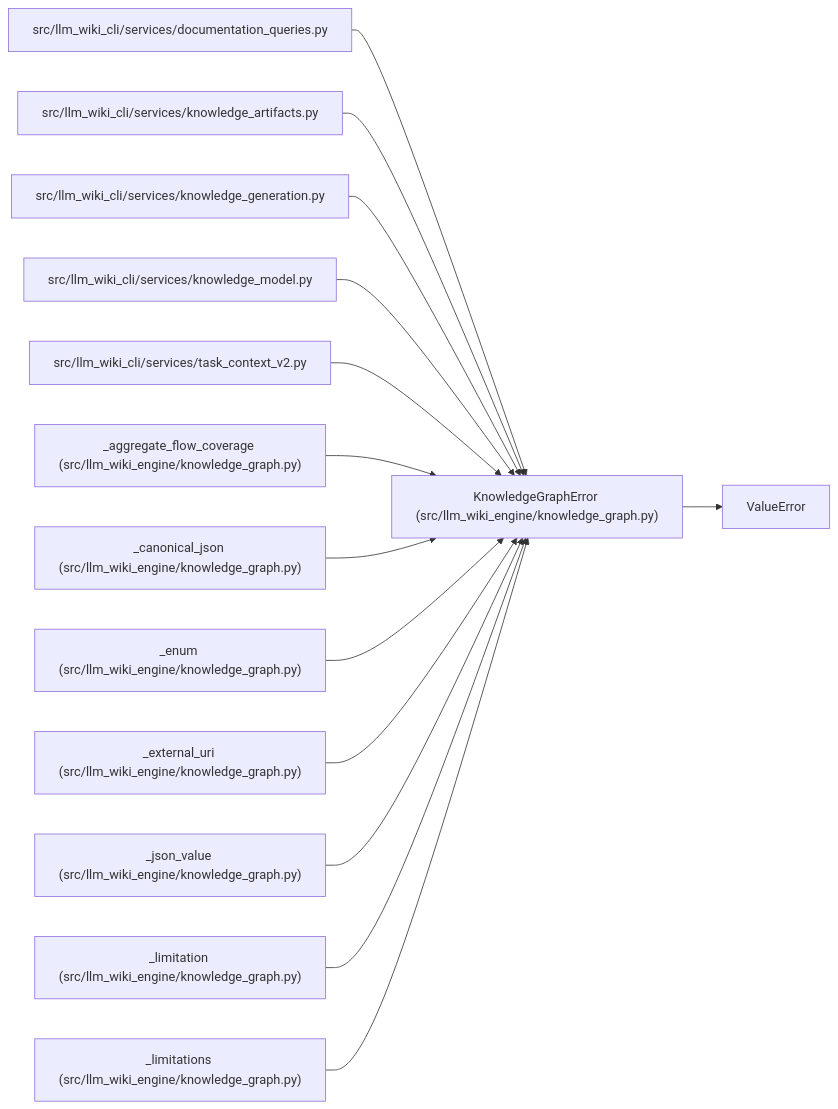
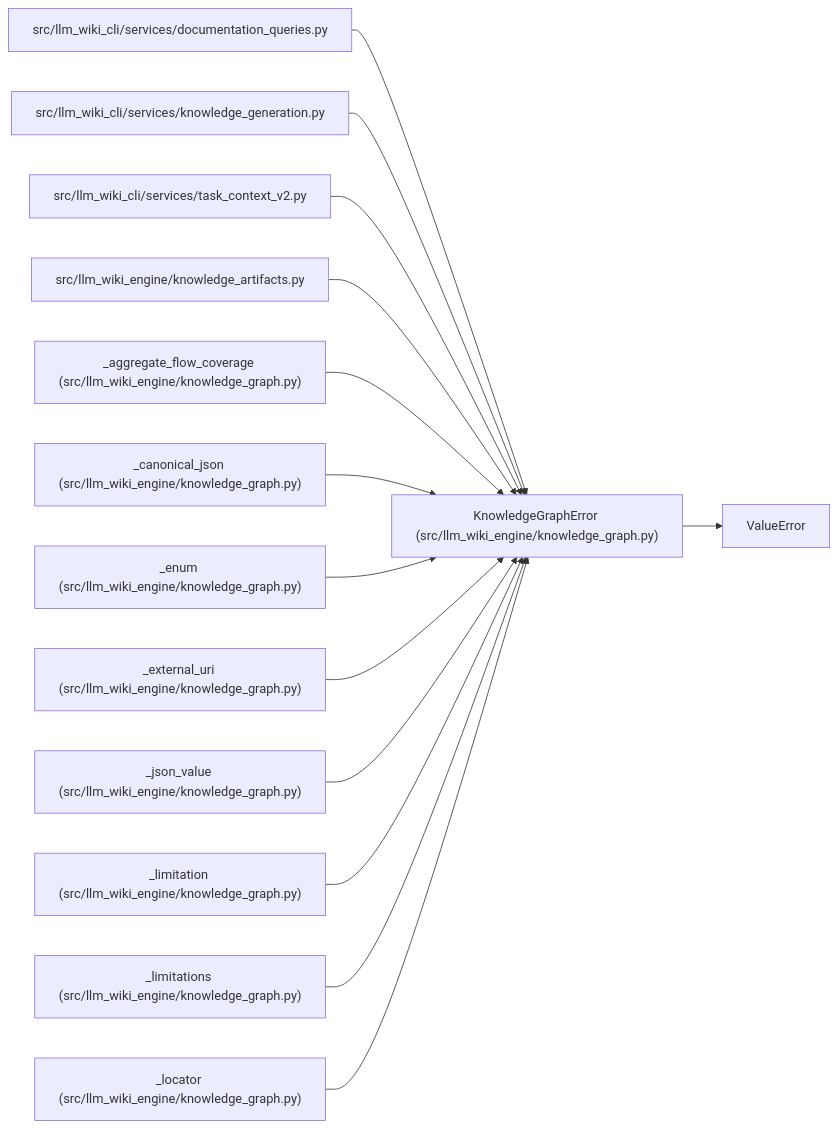
One commit to Denissvgn/python-wiki-llm changed the diagram in docs/llm_wiki/entities/KnowledgeGraphError.md. Above: the diagram before and after it, drawn with Mermaid. The commit also changed other lines of this file and 1058 other files, not shown here.

First line of the commit message:
docs: refresh the wiki for the knowledge store move

````diff
--- a/docs/llm_wiki/entities/KnowledgeGraphError.md
+++ b/docs/llm_wiki/entities/KnowledgeGraphError.md
@@ -25,43 +25,43 @@
 ```mermaid
 flowchart LR
     n0["KnowledgeGraphError (src/llm_wiki_engine/knowledge_graph.py)"]
     n1["ValueError"]
     n2["src/llm_wiki_cli/services/documentation_queries.py"]
-    n3["src/llm_wiki_cli/services/knowledge_artifacts.py"]
-    n4["src/llm_wiki_cli/services/knowledge_generation.py"]
-    n5["src/llm_wiki_cli/services/knowledge_model.py"]
-    n6["src/llm_wiki_cli/services/task_context_v2.py"]
-    n7["_aggregate_flow_coverage (src/llm_wiki_engine/knowledge_graph.py)"]
-    n8["_canonical_json (src/llm_wiki_engine/knowledge_graph.py)"]
-    n9["_enum (src/llm_wiki_engine/knowledge_graph.py)"]
-    n10["_external_uri (src/llm_wiki_engine/knowledge_graph.py)"]
-    n11["_json_value (src/llm_wiki_engine/knowledge_graph.py)"]
-    n12["_limitation (src/llm_wiki_engine/knowledge_graph.py)"]
-    n13["_limitations (src/llm_wiki_engine/knowledge_graph.py)"]
+    n3["src/llm_wiki_cli/services/knowledge_generation.py"]
+    n4["src/llm_wiki_cli/services/task_context_v2.py"]
+    n5["src/llm_wiki_engine/knowledge_artifacts.py"]
+    n6["_aggregate_flow_coverage (src/llm_wiki_engine/knowledge_graph.py)"]
+    n7["_canonical_json (src/llm_wiki_engine/knowledge_graph.py)"]
+    n8["_enum (src/llm_wiki_engine/knowledge_graph.py)"]
+    n9["_external_uri (src/llm_wiki_engine/knowledge_graph.py)"]
+    n10["_json_value (src/llm_wiki_engine/knowledge_graph.py)"]
+    n11["_limitation (src/llm_wiki_engine/knowledge_graph.py)"]
+    n12["_limitations (src/llm_wiki_engine/knowledge_graph.py)"]
+    n13["_locator (src/llm_wiki_engine/knowledge_graph.py)"]
     n0 --> n1
     n2 --> n0
     n3 --> n0
     n4 --> n0
     n5 --> n0
     n6 --> n0
     n7 --> n0
     n8 --> n0
     n9 --> n0
     n10 --> n0
     n11 --> n0
     n12 --> n0
     n13 --> n0
     click n0 "../modules/knowledge_graph.md"
     click n2 "../modules/documentation_queries.md"
-    click n3 "../modules/knowledge_artifacts.md"
-    click n4 "../modules/knowledge_generation.md"
-    click n5 "../modules/knowledge_model.md"
-    click n6 "../modules/task_context_v2.md"
+    click n3 "../modules/knowledge_generation.md"
+    click n4 "../modules/task_context_v2.md"
+    click n5 "../modules/knowledge_artifacts.md"
+    click n6 "../modules/knowledge_graph.md"
     click n7 "../modules/knowledge_graph.md"
     click n8 "../modules/knowledge_graph.md"
     click n9 "../modules/knowledge_graph.md"
     click n10 "../modules/knowledge_graph.md"
     click n11 "../modules/knowledge_graph.md"
     click n12 "../modules/knowledge_graph.md"
     click n13 "../modules/knowledge_graph.md"
 ```
````
